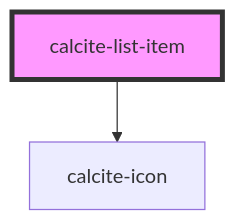
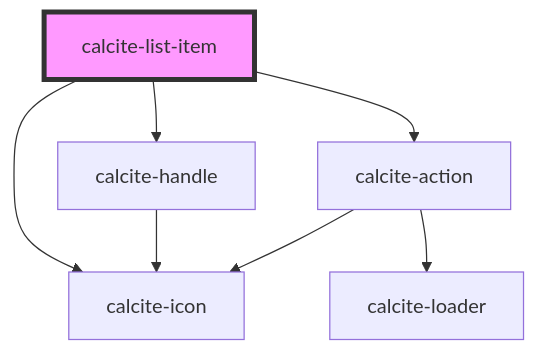
Before and after one commit to vikivakarvc/calcite-design-system: the diagram in packages/calcite-components/src/components/list-item/readme.md, drawn with Mermaid. The commit also changed other lines of this file and 91 other files, not shown here.

````diff
--- a/packages/calcite-components/src/components/list-item/readme.md
+++ b/packages/calcite-components/src/components/list-item/readme.md
@@ -56,5 +62,10 @@
 ```mermaid
 graph TD;
   calcite-list-item --> calcite-icon
+  calcite-list-item --> calcite-handle
+  calcite-list-item --> calcite-action
+  calcite-handle --> calcite-icon
+  calcite-action --> calcite-loader
+  calcite-action --> calcite-icon
   style calcite-list-item fill:#f9f,stroke:#333,stroke-width:4px
 ```
````
